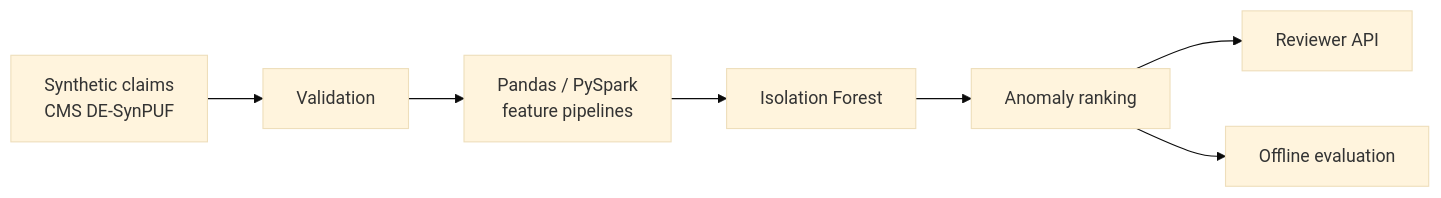
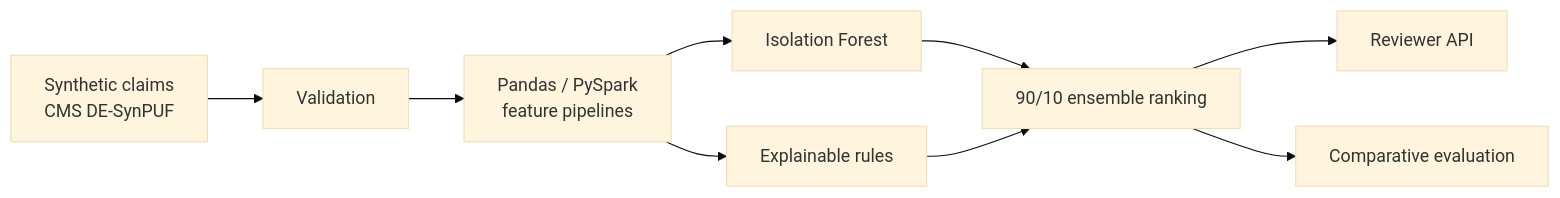
The diagram in README.md (GowthamKondabolu/claim-guard), drawn with Mermaid (base theme) before and after one commit. The commit also changed other lines of this file and 3 other files, not shown here.

````diff
--- a/README.md
+++ b/README.md
@@ -33,9 +36,11 @@
 ```mermaid
 flowchart LR
     A["Synthetic claims\nCMS DE-SynPUF"] --> B["Validation"]
     B --> C["Pandas / PySpark\nfeature pipelines"]
     C --> D["Isolation Forest"]
-    D --> E["Anomaly ranking"]
-    E --> F["Reviewer API"]
-    E --> G["Offline evaluation"]
+    C --> E["Explainable rules"]
+    D --> F["90/10 ensemble ranking"]
+    E --> F
+    F --> G["Reviewer API"]
+    F --> H["Comparative evaluation"]
 ```
````
